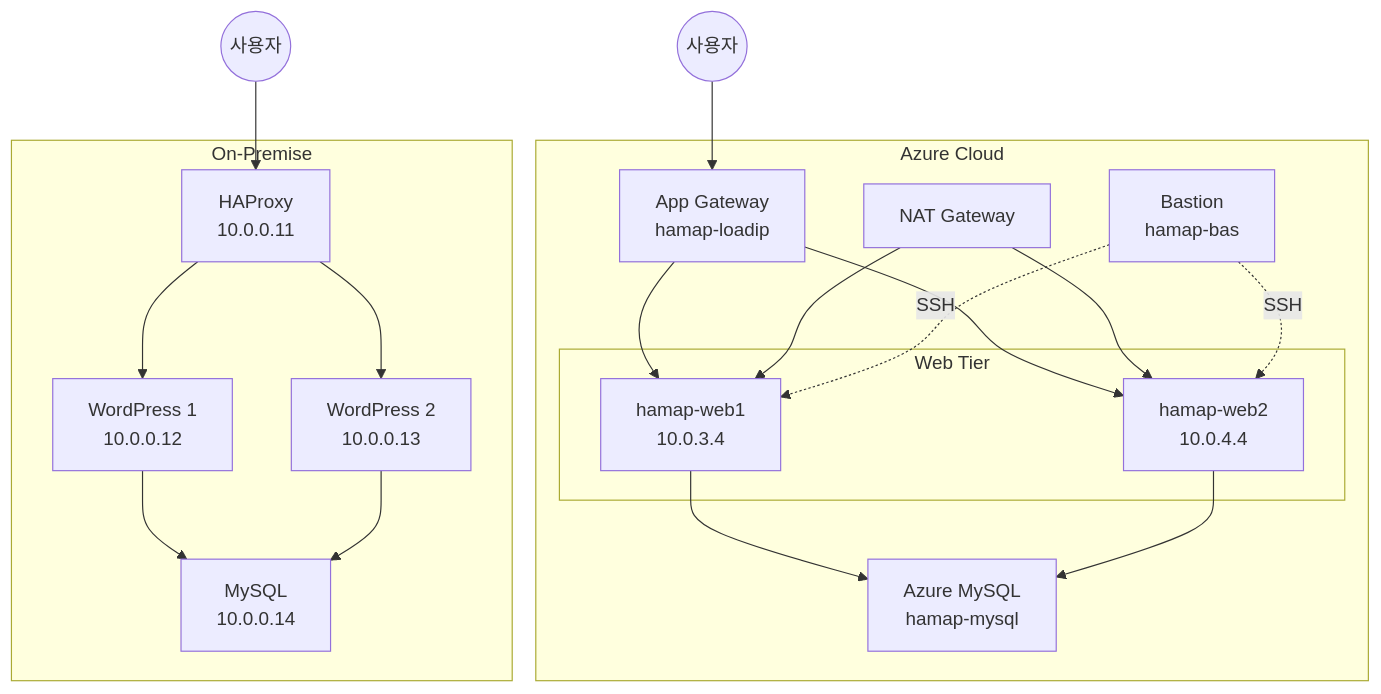
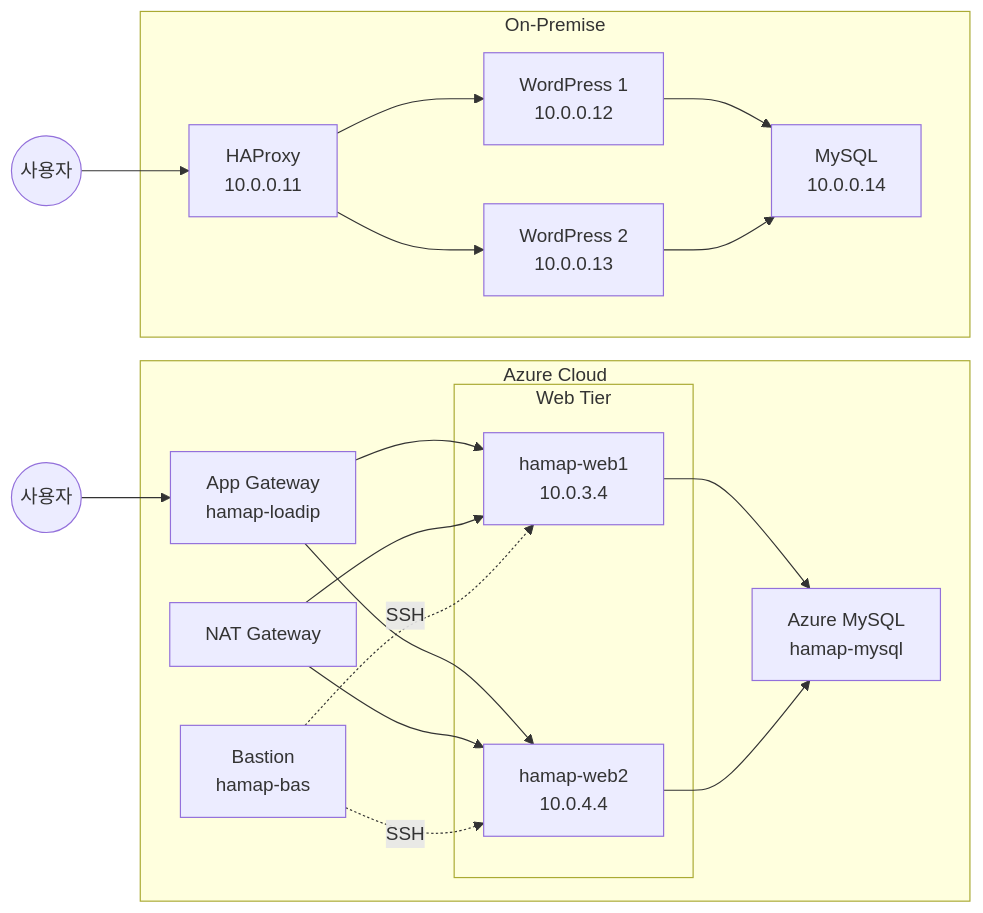
One commit to HamaPr/HamaPr.github.io changed the first of 2 diagrams in _posts/cloud-azure/2025-11-17-Hybrid_Cloud_WordPress_HA.md. Above: the diagram before and after it, drawn with Mermaid. The commit also changed other lines of this file and 27 other files, not shown here.

````diff
--- a/_posts/cloud-azure/2025-11-17-Hybrid_Cloud_WordPress_HA.md
+++ b/_posts/cloud-azure/2025-11-17-Hybrid_Cloud_WordPress_HA.md
@@ -25,30 +26,30 @@
 ```mermaid
-flowchart TB
+flowchart LR
     subgraph Azure["Azure Cloud"]
         AppGW["App Gateway<br>hamap-loadip"]
         subgraph Web["Web Tier"]
             Web1["hamap-web1<br>10.0.3.4"]
             Web2["hamap-web2<br>10.0.4.4"]
         end
         MySQL["Azure MySQL<br>hamap-mysql"]
         NAT["NAT Gateway"]
         Bastion["Bastion<br>hamap-bas"]
     end
     
     subgraph OnPrem["On-Premise"]
         HAProxy["HAProxy<br>10.0.0.11"]
         WP1["WordPress 1<br>10.0.0.12"]
         WP2["WordPress 2<br>10.0.0.13"]
         DB["MySQL<br>10.0.0.14"]
     end
     
-    User((사용자)) --> AppGW
+    User(("사용자")) --> AppGW
     AppGW --> Web1 & Web2
     Web1 & Web2 --> MySQL
     NAT --> Web1 & Web2
     Bastion -.->|SSH| Web1 & Web2
     
-    User2((사용자)) --> HAProxy
+    User2(("사용자")) --> HAProxy
     HAProxy --> WP1 & WP2
     WP1 & WP2 --> DB
 ```
````
